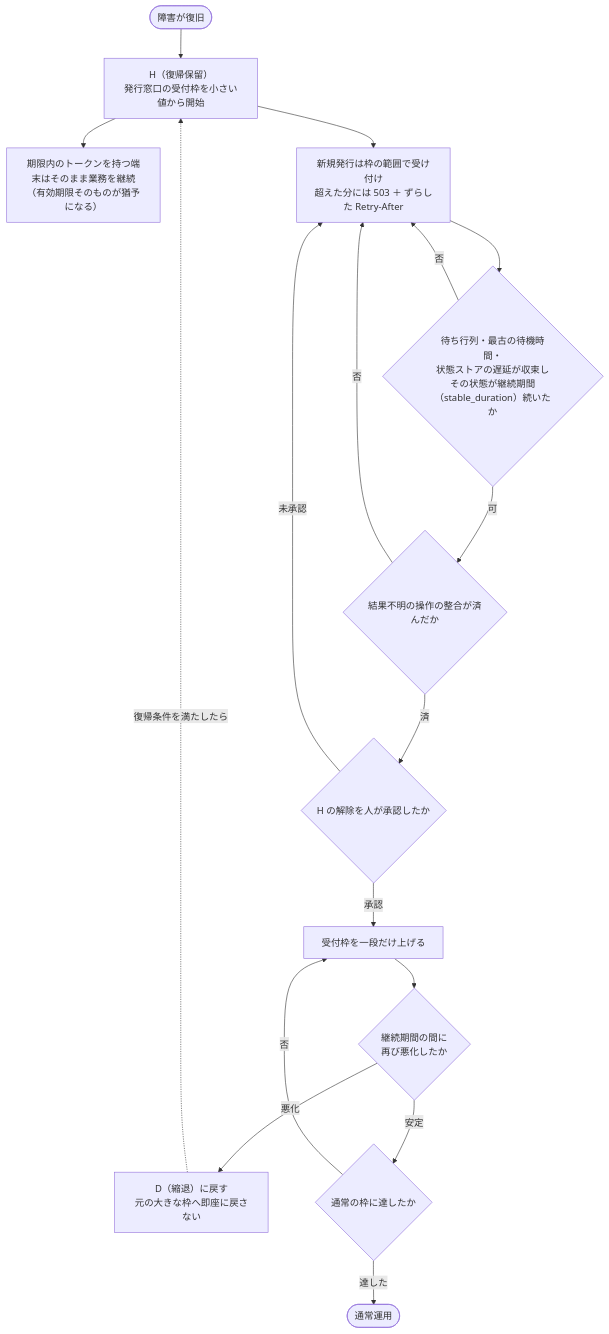
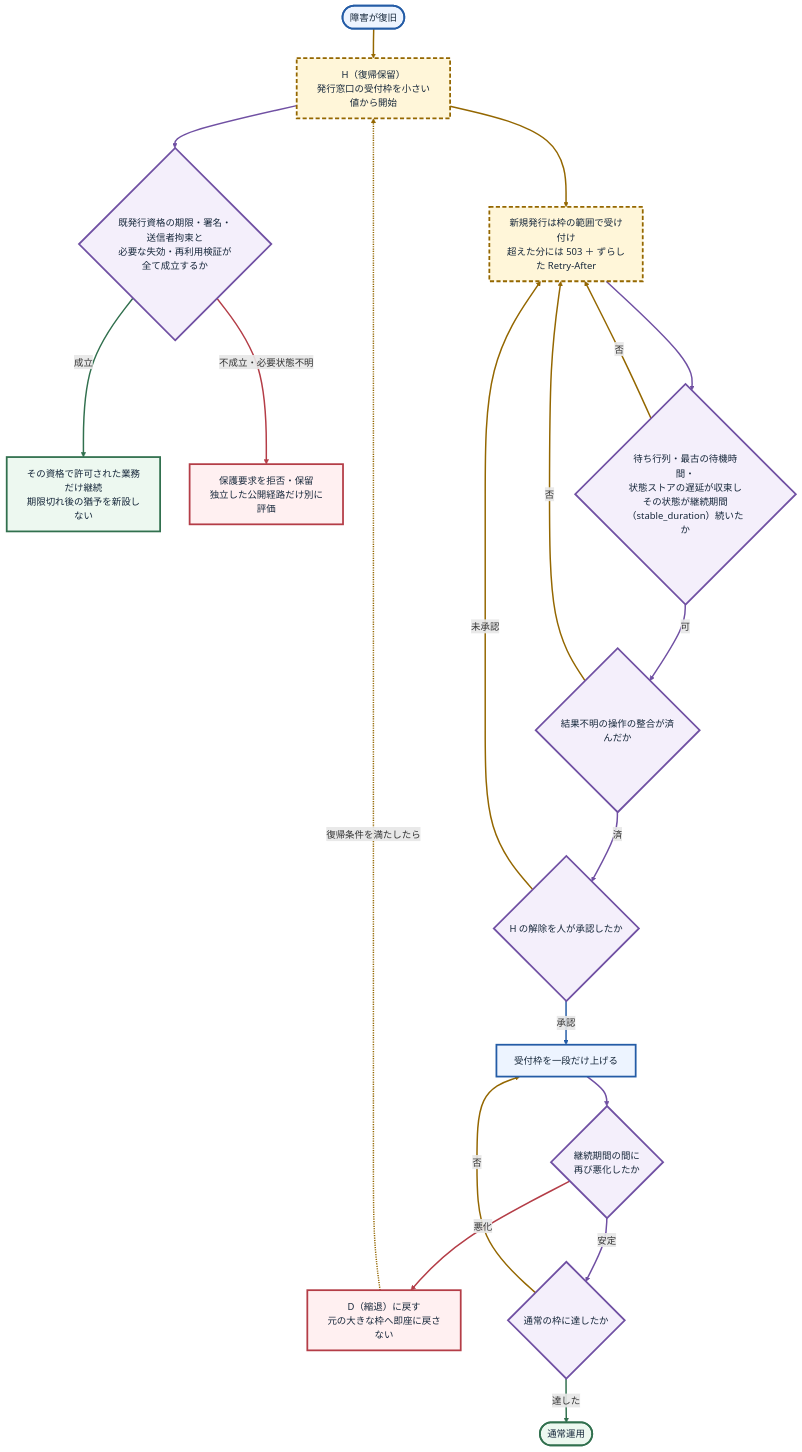
One commit to M-Tokun/NRA-IDE changed the fourth of 4 diagrams in note/08_セキュリティ/動的API トラフィック対策.md. Above: the diagram before and after it, drawn with Mermaid. The commit also changed other lines of this file and 6 other files, not shown here.

````diff
--- a/note/08_セキュリティ/動的API トラフィック対策.md
+++ b/note/08_セキュリティ/動的API トラフィック対策.md
@@ -83,19 +266,50 @@
 ```mermaid
 flowchart TD
   O0(["障害が復旧"]) --> O1["H（復帰保留）<br/>発行窓口の受付枠を小さい値から開始"]
-  O1 --> O2["期限内のトークンを持つ端末はそのまま業務を継続<br/>（有効期限そのものが猶予になる）"]
+  O1 --> O2{"既発行資格の期限・署名・送信者拘束と<br/>必要な失効・再利用検証が全て成立するか"}
+  O2 -- "成立" --> CONT["その資格で許可された業務だけ継続<br/>期限切れ後の猶予を新設しない"]
+  O2 -- "不成立・必要状態不明" --> HOLD["保護要求を拒否・保留<br/>独立した公開経路だけ別に評価"]
   O1 --> O3["新規発行は枠の範囲で受け付け<br/>超えた分には 503 ＋ ずらした Retry-After"]
   O3 --> O4{"待ち行列・最古の待機時間・<br/>状態ストアの遅延が収束し<br/>その状態が継続期間（stable_duration）続いたか"}
   O4 -- "否" --> O3
   O4 -- "可" --> O4B{"結果不明の操作の整合が済んだか"}
   O4B -- "否" --> O3
   O4B -- "済" --> O4C{"H の解除を人が承認したか"}
   O4C -- "未承認" --> O3
   O4C -- "承認" --> O5["受付枠を一段だけ上げる"]
   O5 --> O6{"継続期間の間に<br/>再び悪化したか"}
   O6 -- "悪化" --> OD["D（縮退）に戻す<br/>元の大きな枠へ即座に戻さない"]
   OD -. "復帰条件を満たしたら" .-> O1
   O6 -- "安定" --> O7{"通常の枠に達したか"}
   O7 -- "否" --> O5
   O7 -- "達した" --> DONE(["通常運用"])
+  %% READABILITY: role colors do not certify implementation or validation.
+  classDef normal fill:#edf4ff,stroke:#245ca6,stroke-width:3px,color:#17283b;
+  class O0,O5 normal;
+  classDef review fill:#f4effb,stroke:#7050a3,stroke-width:3px,color:#17283b;
+  class O2,O4,O4B,O4C,O6,O7 review;
+  classDef ok fill:#edf8f0,stroke:#31704e,stroke-width:3px,color:#17283b;
+  class CONT,DONE ok;
+  classDef caution fill:#fff6d9,stroke:#946700,stroke-width:3px,color:#17283b,stroke-dasharray:7 4;
+  class O1,O3 caution;
+  classDef danger fill:#fff0f1,stroke:#b43d47,stroke-width:3px,color:#17283b;
+  class HOLD,OD danger;
+  linkStyle 0 stroke:#946700,stroke-width:2.5px;
+  linkStyle 1 stroke:#7050a3,stroke-width:2.5px;
+  linkStyle 2 stroke:#31704e,stroke-width:2.5px;
+  linkStyle 3 stroke:#b43d47,stroke-width:2.5px;
+  linkStyle 4 stroke:#946700,stroke-width:2.5px;
+  linkStyle 5 stroke:#7050a3,stroke-width:2.5px;
+  linkStyle 6 stroke:#946700,stroke-width:2.5px;
+  linkStyle 7 stroke:#7050a3,stroke-width:2.5px;
+  linkStyle 8 stroke:#946700,stroke-width:2.5px;
+  linkStyle 9 stroke:#7050a3,stroke-width:2.5px;
+  linkStyle 10 stroke:#946700,stroke-width:2.5px;
+  linkStyle 11 stroke:#245ca6,stroke-width:2.5px;
+  linkStyle 12 stroke:#7050a3,stroke-width:2.5px;
+  linkStyle 13 stroke:#b43d47,stroke-width:2.5px;
+  linkStyle 14 stroke:#946700,stroke-width:2.5px;
+  linkStyle 15 stroke:#7050a3,stroke-width:2.5px;
+  linkStyle 16 stroke:#946700,stroke-width:2.5px;
+  linkStyle 17 stroke:#31704e,stroke-width:2.5px;
 ```
````
